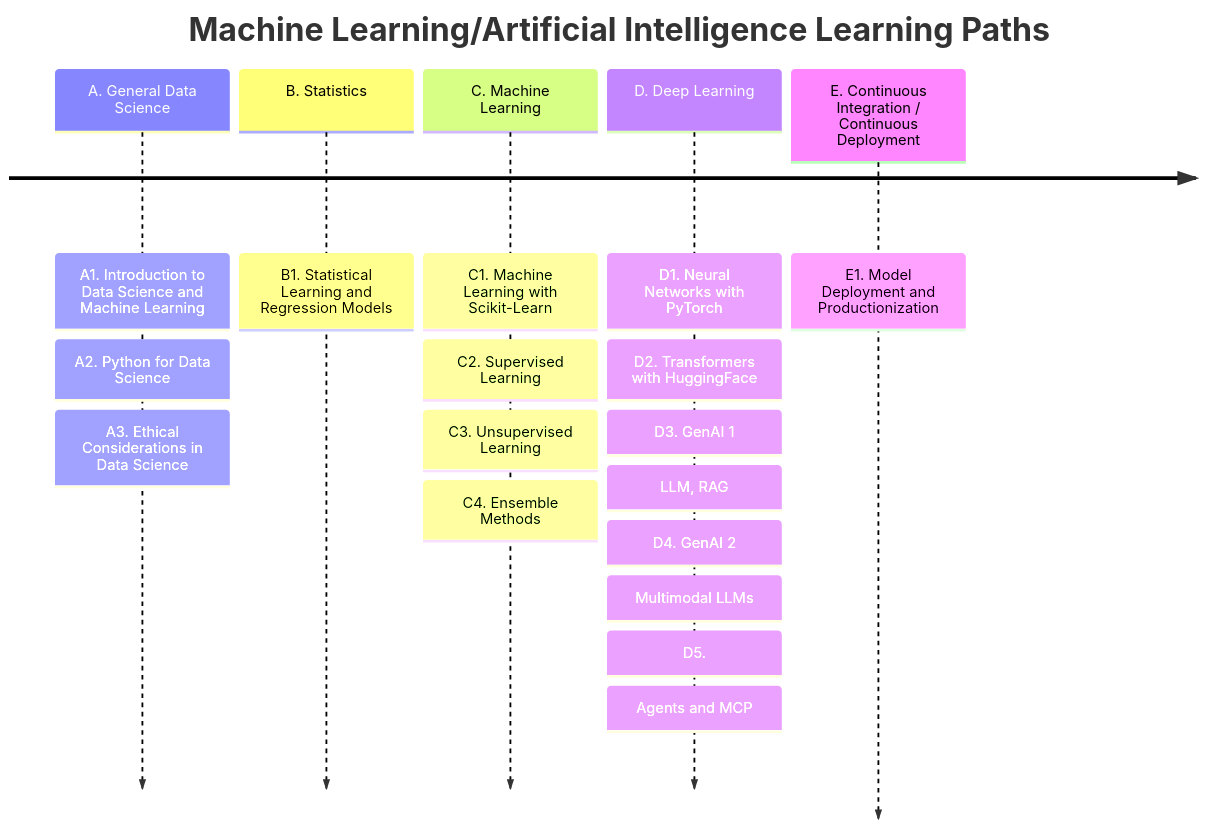
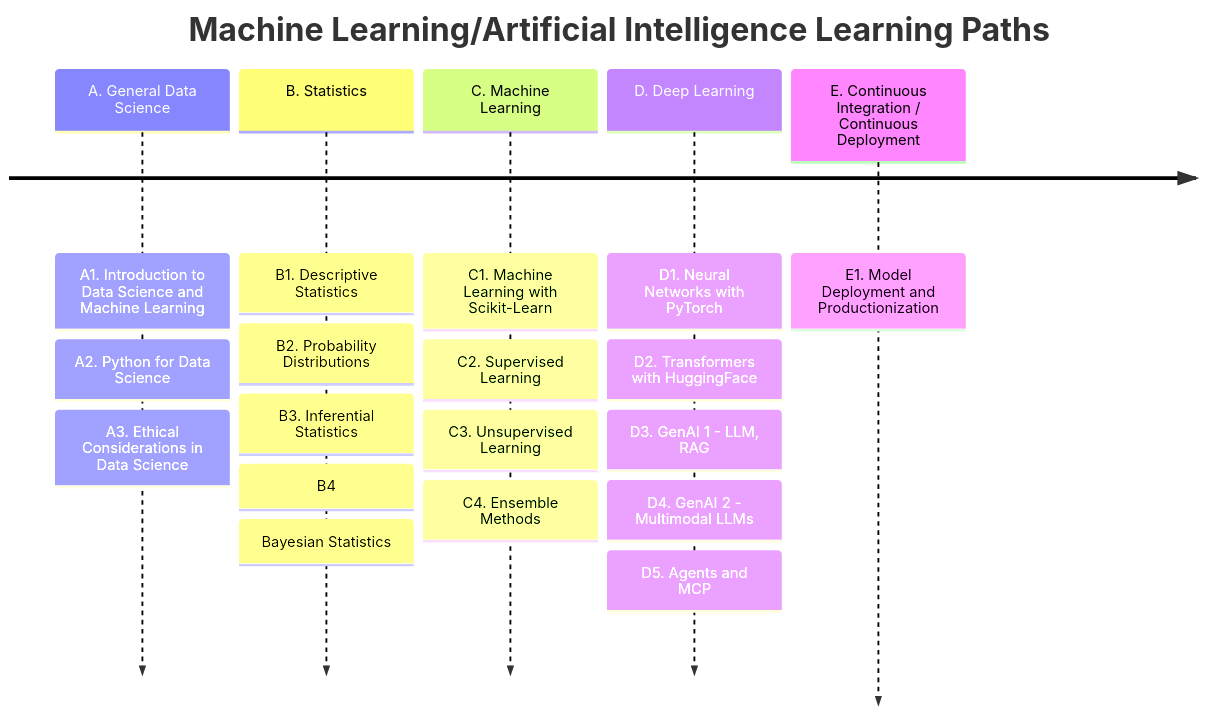
The diagram in docs/mlpaths_grids.md (ua-datalab/ua-datalab.github.io), drawn with Mermaid before and after one commit.

````diff
--- a/docs/mlpaths_grids.md
+++ b/docs/mlpaths_grids.md
@@ -8,19 +8,22 @@
 ```mermaid
 timeline
     title Machine Learning/Artificial Intelligence Learning Paths
     A. General Data Science : A1. Introduction to Data Science and Machine Learning
     	    	 	     : A2. Python for Data Science
 			     : A3. Ethical Considerations in Data Science
-    B. Statistics : B1. Statistical Learning and Regression Models
+    B. Statistics : B1. Descriptive Statistics
+                  : B2. Probability Distributions
+		  : B3. Inferential Statistics
+		  : B4: Bayesian Statistics
     C. Machine Learning : C1. Machine Learning with Scikit-Learn
        	       		: C2. Supervised Learning
 	        	 : C3. Unsupervised Learning
 			 : C4. Ensemble Methods
     D. Deep Learning : D1. Neural Networks with PyTorch
 		    : D2. Transformers with HuggingFace
-		    : D3. GenAI 1: LLM, RAG
-		    : D4. GenAI 2: Multimodal LLMs
-		    : D5.: Agents and MCP
+		    : D3. GenAI 1 - LLM, RAG
+		    : D4. GenAI 2 - Multimodal LLMs
+		    : D5. Agents and MCP
     E. Continuous Integration / Continuous Deployment  : E1. Model Deployment and Productionization
 
 ```
````
